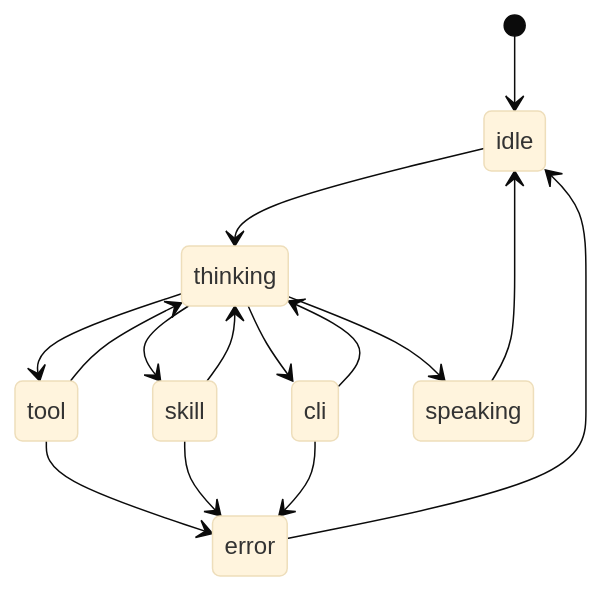
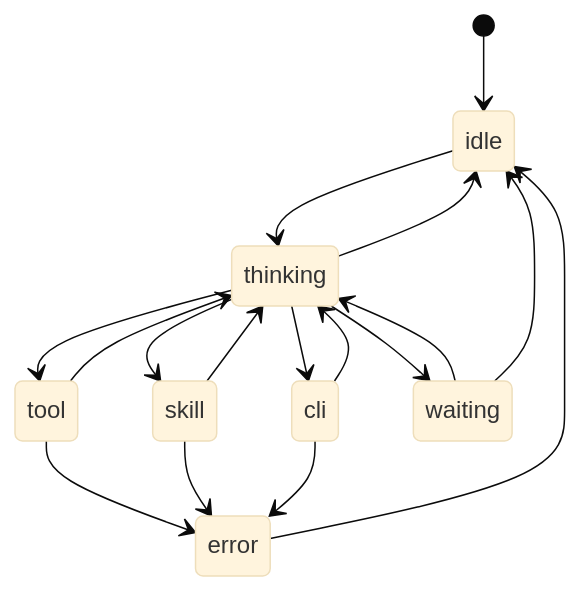
One commit to walkingIssue/Codex-AI-presence-lab changed the second of 2 diagrams in docs/IMPLEMENTATION-NOTES.md. Above: the diagram before and after it, drawn with Mermaid (base theme). The commit also changed other lines of this file and 12 other files, not shown here.

````diff
--- a/docs/IMPLEMENTATION-NOTES.md
+++ b/docs/IMPLEMENTATION-NOTES.md
@@ -136,17 +142,19 @@
 ```mermaid
 stateDiagram-v2
   [*] --> idle
   idle --> thinking
   thinking --> tool
   thinking --> skill
   thinking --> cli
   tool --> thinking
   skill --> thinking
   cli --> thinking
-  thinking --> speaking
-  speaking --> idle
+  thinking --> waiting
+  thinking --> idle
+  waiting --> thinking
+  waiting --> idle
   tool --> error
   skill --> error
   cli --> error
   error --> idle
 ```
````
